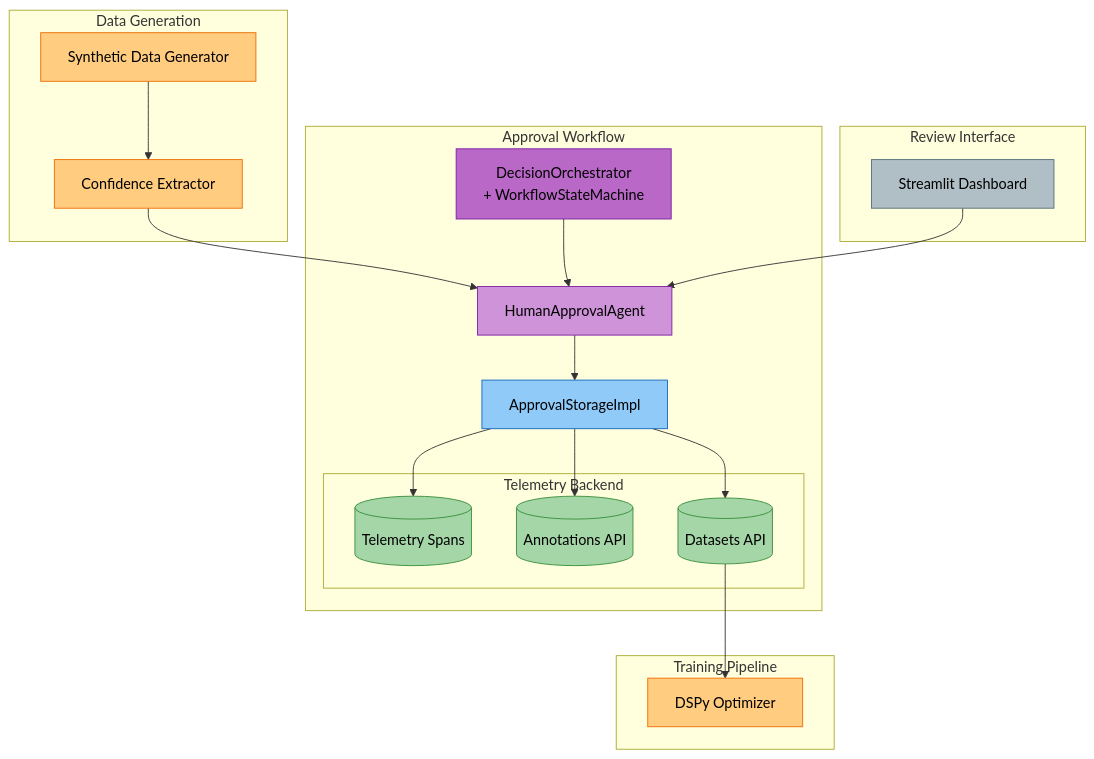
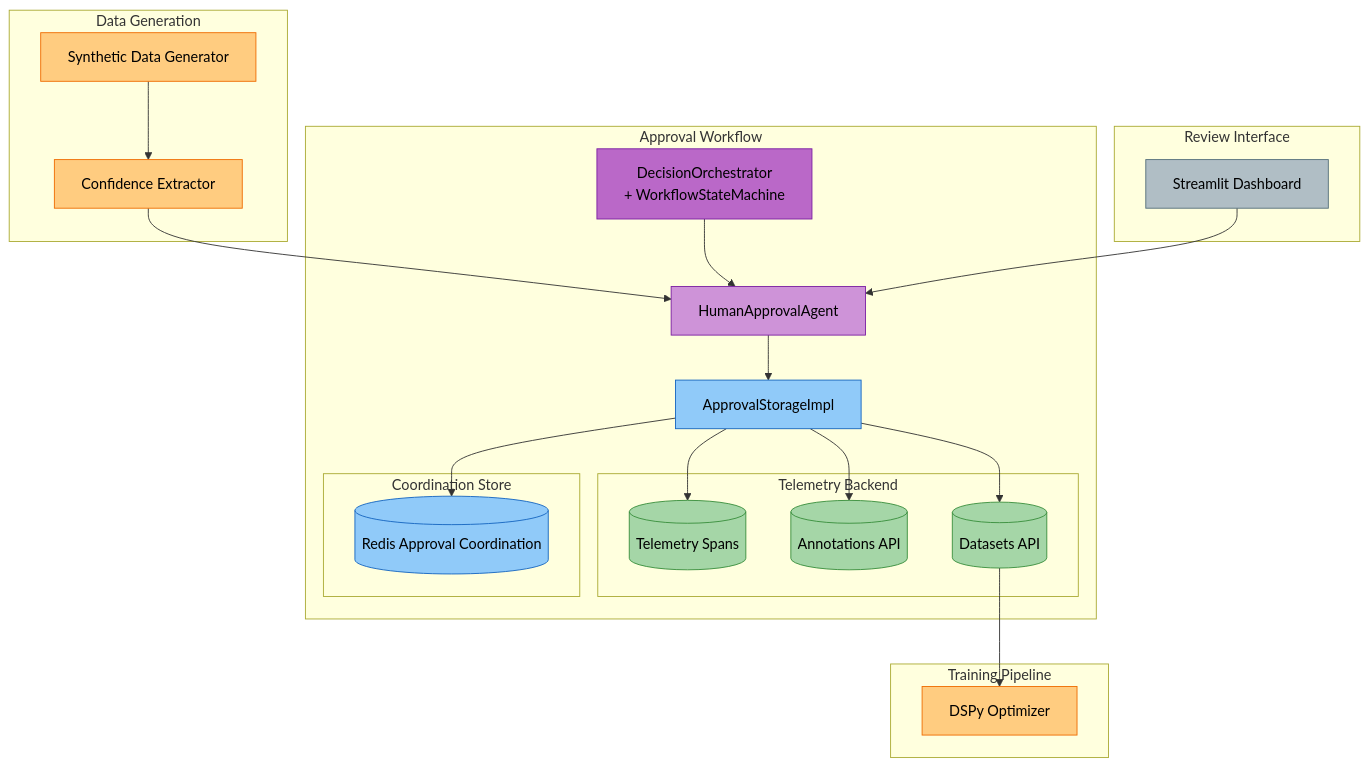
One commit to amit-jain/cogniverse changed the first of 2 diagrams in docs/modules/approval-workflow.md. Above: the diagram before and after it, drawn with Mermaid. The commit also changed other lines of this file and 16 other files, not shown here.

Commit message:
Add redis-locked approval persistence and approved-data loading

````diff
--- a/docs/modules/approval-workflow.md
+++ b/docs/modules/approval-workflow.md
@@ -31,49 +34,55 @@
 ```mermaid
 flowchart TB
     subgraph "Data Generation"
         SyntheticGen["<span style='color:#000'>Synthetic Data Generator</span>"]
         Extractor["<span style='color:#000'>Confidence Extractor</span>"]
         SyntheticGen --> Extractor
     end
 
     subgraph "Approval Workflow"
         ApprovalAgent["<span style='color:#000'>HumanApprovalAgent</span>"]
         Orchestrator["<span style='color:#000'>DecisionOrchestrator<br/>+ WorkflowStateMachine</span>"]
         Storage["<span style='color:#000'>ApprovalStorageImpl</span>"]
 
         Extractor --> ApprovalAgent
         Orchestrator --> ApprovalAgent
         ApprovalAgent --> Storage
 
         subgraph "Telemetry Backend"
             Spans[("<span style='color:#000'>Telemetry Spans</span>")]
             Annotations[("<span style='color:#000'>Annotations API</span>")]
             Datasets[("<span style='color:#000'>Datasets API</span>")]
         end
 
+        subgraph "Coordination Store"
+            Redis[("<span style='color:#000'>Redis Approval Coordination</span>")]
+        end
+
         Storage --> Spans
         Storage --> Annotations
         Storage --> Datasets
+        Storage --> Redis
     end
 
     subgraph "Review Interface"
         Dashboard["<span style='color:#000'>Streamlit Dashboard</span>"]
         Dashboard --> ApprovalAgent
     end
 
     subgraph "Training Pipeline"
         Optimizer["<span style='color:#000'>DSPy Optimizer</span>"]
         Datasets --> Optimizer
     end
 
     style SyntheticGen fill:#ffcc80,stroke:#ef6c00,color:#000
     style Extractor fill:#ffcc80,stroke:#ef6c00,color:#000
     style ApprovalAgent fill:#ce93d8,stroke:#7b1fa2,color:#000
     style Orchestrator fill:#ba68c8,stroke:#7b1fa2,color:#000
     style Storage fill:#90caf9,stroke:#1565c0,color:#000
     style Spans fill:#a5d6a7,stroke:#388e3c,color:#000
     style Annotations fill:#a5d6a7,stroke:#388e3c,color:#000
     style Datasets fill:#a5d6a7,stroke:#388e3c,color:#000
+    style Redis fill:#90caf9,stroke:#1565c0,color:#000
     style Dashboard fill:#b0bec5,stroke:#546e7a,color:#000
     style Optimizer fill:#ffcc80,stroke:#ef6c00,color:#000
 ```
````
